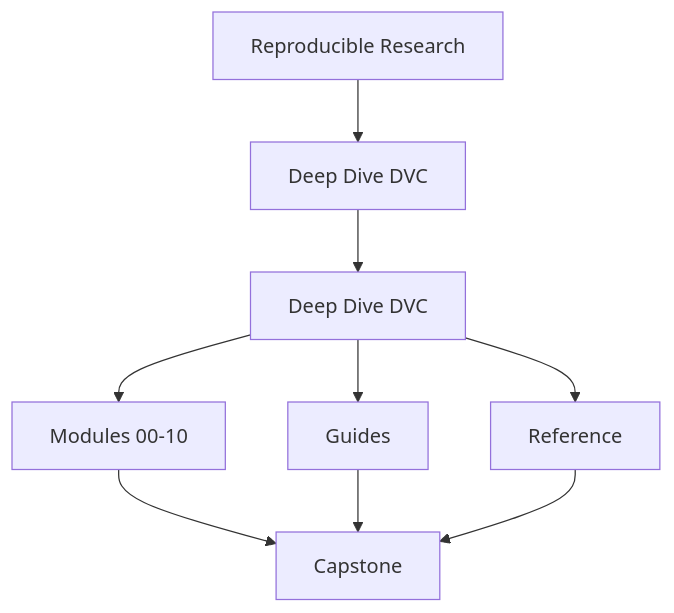
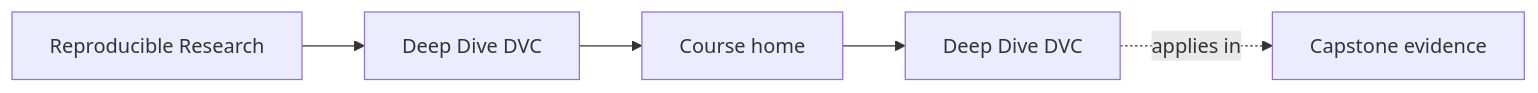
The first of 2 diagrams in programs/reproducible-research/deep-dive-dvc/course-book/index.md (bijux/bijux-masterclass), drawn with Mermaid before and after one commit. The commit also changed other lines of this file and 55 other files, not shown here.

Commit message:
docs(deep-dive-dvc): map reproducibility and pipeline foundations

````diff
--- a/programs/reproducible-research/deep-dive-dvc/course-book/index.md
+++ b/programs/reproducible-research/deep-dive-dvc/course-book/index.md
@@ -6,11 +6,11 @@
 ```mermaid
-flowchart TD
-  family["Reproducible Research"] --> program["Deep Dive DVC"]
-  program --> home["Deep Dive DVC"]
-  home --> modules["Modules 00-10"]
-  home --> guides["Guides"]
-  home --> reference["Reference"]
-  modules --> capstone["Capstone"]
-  guides --> capstone
-  reference --> capstone
+graph LR
+  family["Reproducible Research"]
+  program["Deep Dive DVC"]
+  section["Course home"]
+  page["Deep Dive DVC"]
+  capstone["Capstone evidence"]
+
+  family --> program --> section --> page
+  page -.applies in.-> capstone
 ```
````
